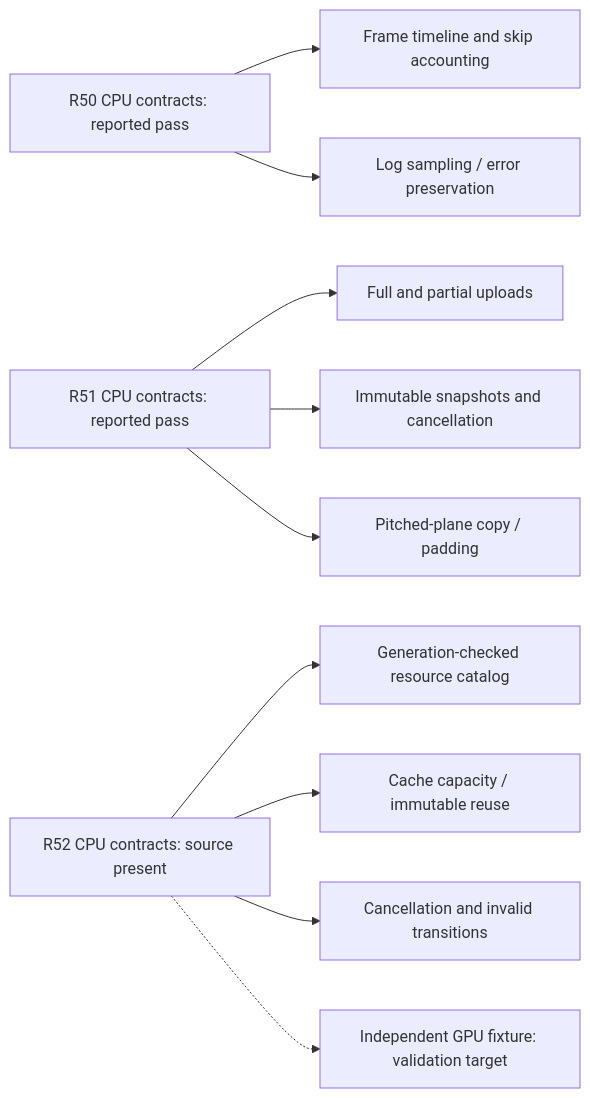
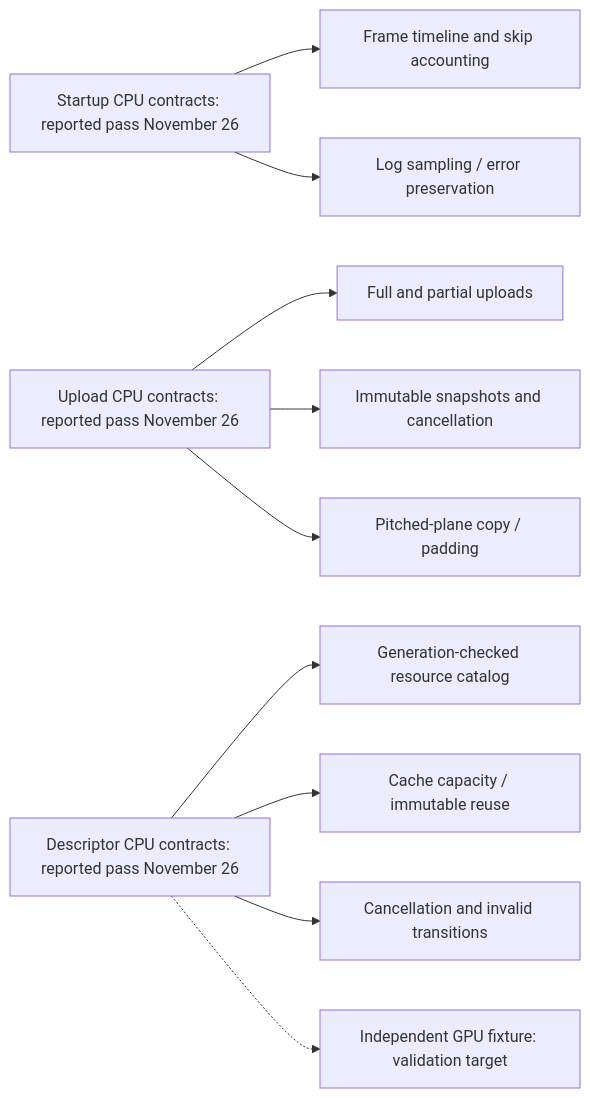
One commit to DBWilliamEngineering/IraRationis changed diagram 31 of 41 in docs/ARCHITECTURE-ATLAS.md. Above: the diagram before and after it, drawn with Mermaid. The commit also changed other lines of this file and 8 other files, not shown here.

Commit message:
Refresh architecture and diagnostics; fix validation workflow

````diff
--- a/docs/ARCHITECTURE-ATLAS.md
+++ b/docs/ARCHITECTURE-ATLAS.md
@@ -664,12 +664,12 @@
 ```mermaid
 flowchart LR
-    R50["R50 CPU contracts: reported pass"] --> A["Frame timeline and skip accounting"]
+    R50["Startup CPU contracts: reported pass November 26"] --> A["Frame timeline and skip accounting"]
     R50 --> B["Log sampling / error preservation"]
-    R51["R51 CPU contracts: reported pass"] --> C["Full and partial uploads"]
+    R51["Upload CPU contracts: reported pass November 26"] --> C["Full and partial uploads"]
     R51 --> D["Immutable snapshots and cancellation"]
     R51 --> E["Pitched-plane copy / padding"]
-    R52["R52 CPU contracts: source present"] --> F["Generation-checked resource catalog"]
+    R52["Descriptor CPU contracts: reported pass November 26"] --> F["Generation-checked resource catalog"]
     R52 --> G["Cache capacity / immutable reuse"]
     R52 --> H["Cancellation and invalid transitions"]
     R52 -.-> I["Independent GPU fixture: validation target"]
 ```
````
